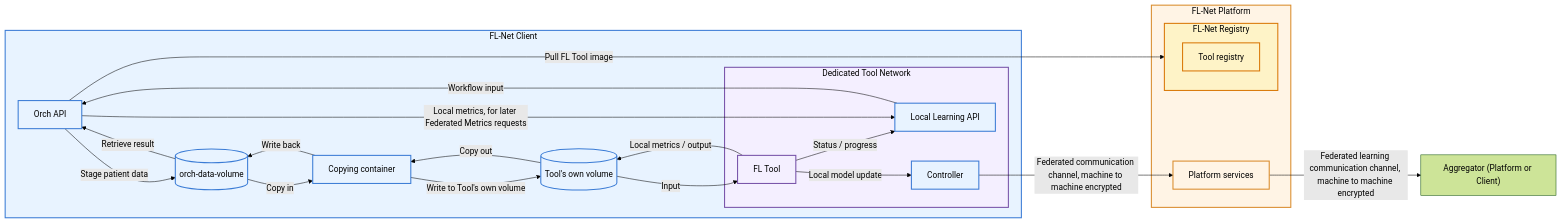
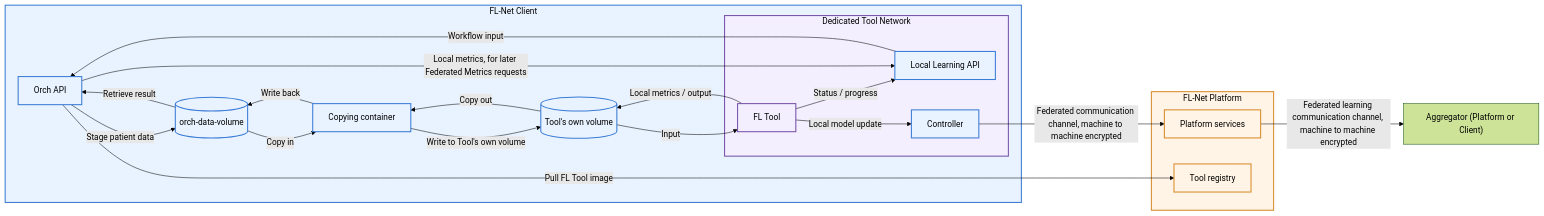
The tenth of 12 diagrams in docs/intro/architecture/data-flow-client.md (FedLearnNet/Documentation), drawn with Mermaid (forest theme) before and after one commit. The commit also changed other lines of this file and 6 other files, not shown here.

Commit message:
adjusted for deploying registry on the platform

````diff
--- a/docs/intro/architecture/data-flow-client.md
+++ b/docs/intro/architecture/data-flow-client.md
@@ -423,55 +420,50 @@
 ```mermaid
 flowchart LR
     subgraph CLIENT[FL-Net Client]
         ORCH[Orch API]
         DATA[("orch-data-volume")]
         COPY["Copying container"]
         TVOL[("Tool's own volume")]
 
         subgraph TOOLNETWORK[Dedicated Tool Network]
             LLA[Local Learning API]
             CTRL[Controller]
             TOOL[FL Tool]
         end
     end
 
     subgraph PLATFORM[FL-Net Platform]
         PLATFORMNODE[Platform services]
-        subgraph REGISTRY[FL-Net Registry]
-            REG[Tool registry]
-        end
+        REG[Tool registry]
     end
     
     AGGREGATOR["Aggregator (Platform or Client)"]
 
     classDef client fill:#e8f3ff,stroke:#3a7bd5,stroke-width:2px,color:#000
     classDef toolnet fill:#f4efff,stroke:#7651a8,stroke-width:2px,color:#000
     classDef platform fill:#fff4e5,stroke:#d98b2b,stroke-width:2px,color:#000
-    classDef registry fill:#fef3c7,stroke:#d97706,stroke-width:2px,color:#000
 
     class LLA,ORCH,DATA,COPY,TVOL,CTRL client
     class TOOL toolnet
-    class PLATFORMNODE, platform
-    class REG registry
+    class PLATFORMNODE,REG platform
 
     style CLIENT fill:#e8f3ff,stroke:#3a7bd5,stroke-width:2px,color:#000
     style TOOLNETWORK fill:#f4efff,stroke:#7651a8,stroke-width:2px,color:#000
     style PLATFORM fill:#fff4e5,stroke:#d98b2b,stroke-width:2px,color:#000
-    style REGISTRY fill:#fef3c7,stroke:#d97706,stroke-width:2px,color:#000
 
     LLA -->|Workflow input| ORCH
-    ORCH -->|Pull FL Tool image| REGISTRY
+    ORCH -->|Pull FL Tool image| REG
     ORCH -->|Stage patient data| DATA
     DATA -->|Copy in| COPY
     COPY -->|Write to Tool's own volume| TVOL
     TVOL -->|Input| TOOL
     TOOL -->|Local model update| CTRL
     CTRL -->|Federated communication channel, machine to machine encrypted| PLATFORMNODE
     TOOL -->|Status / progress| LLA
     TOOL -->|Local metrics / output| TVOL
     TVOL -->|Copy out| COPY
     COPY -->|Write back| DATA
     DATA -->|Retrieve result| ORCH
     ORCH -->|Local metrics, for later Federated Metrics requests| LLA
     PLATFORMNODE -->|Federated learning communication channel, machine to machine encrypted| AGGREGATOR
 ```
````
